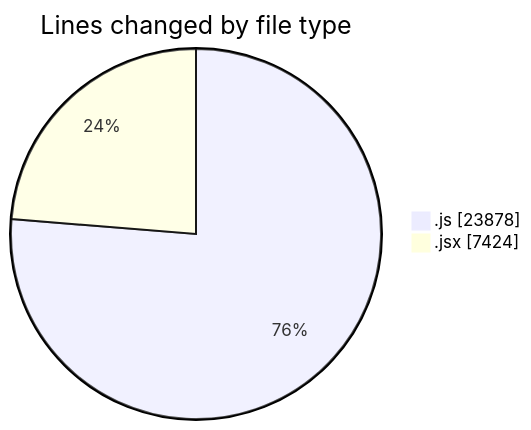
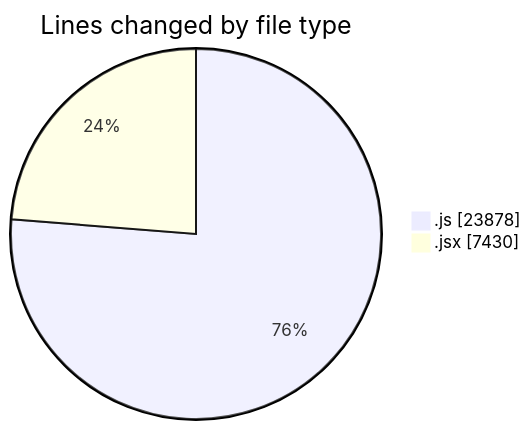
One commit to nxtqubesakshisongat/code-tracking changed the first of 2 diagrams in 2025-10-01/nxtqube_webapp/README.md. Above: the diagram before and after it, drawn with Mermaid. The commit also changed other lines of this file and 1 other file, not shown here.

````diff
--- a/2025-10-01/nxtqube_webapp/README.md
+++ b/2025-10-01/nxtqube_webapp/README.md
@@ -25,6 +25,6 @@
 ```mermaid
 pie showData
 title Lines changed by file type
 ".js" : 23878
-".jsx" : 7424
+".jsx" : 7430
 ```
````
